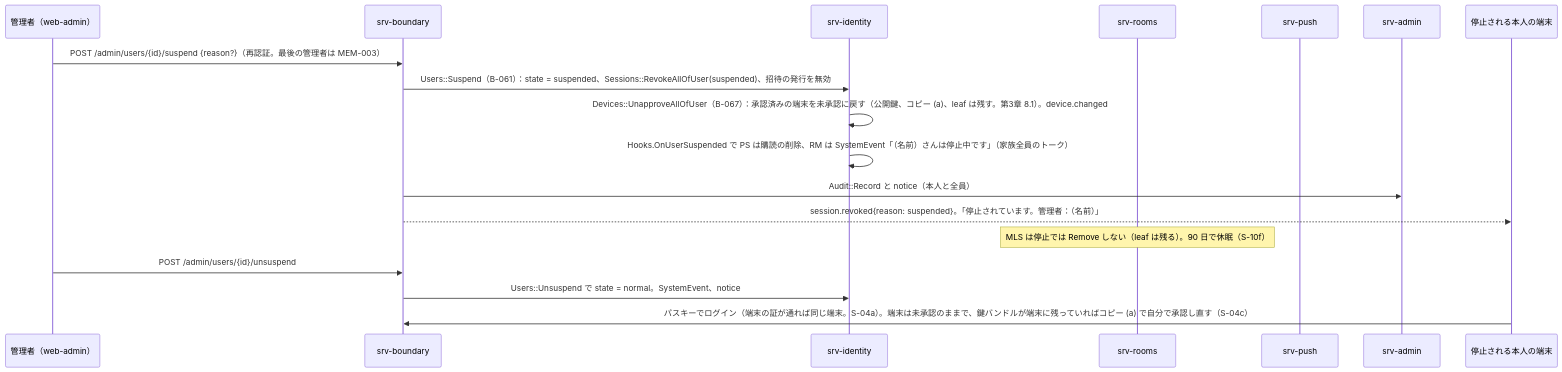
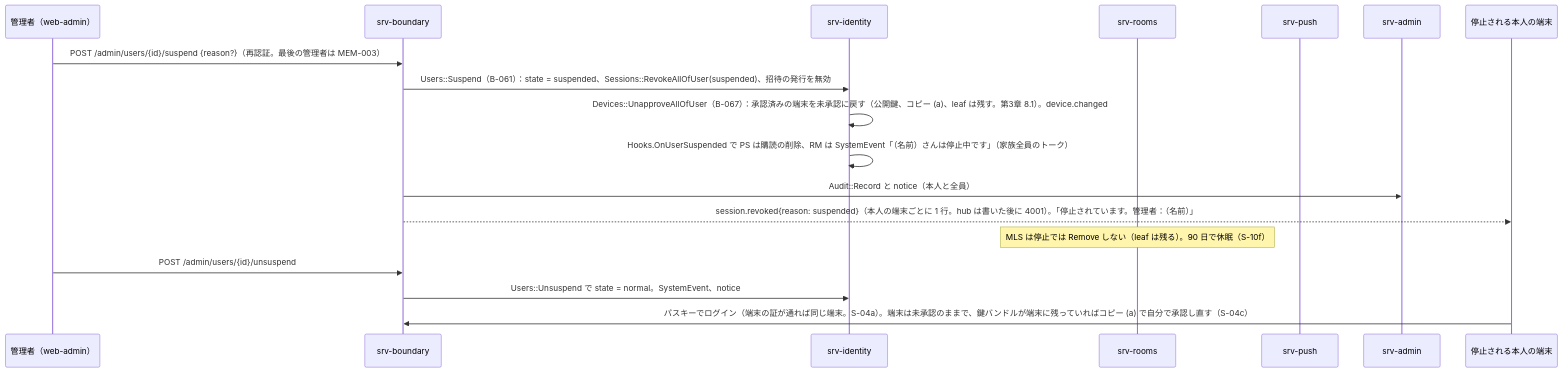
Before and after one commit to nrsd-ishikawasou/family-talk-pwa: the second of 7 diagrams in dev/docs/jp/シーケンス/10_構成の変化.md, drawn with Mermaid. The commit also changed other lines of this file and 165 other files, not shown here.

````diff
--- a/dev/docs/jp/シーケンス/10_構成の変化.md
+++ b/dev/docs/jp/シーケンス/10_構成の変化.md
@@ -54,20 +54,20 @@
 ```mermaid
 sequenceDiagram
   participant A as 管理者（web-admin）
   participant BD as srv-boundary
   participant ID as srv-identity
   participant RM as srv-rooms
   participant PS as srv-push
   participant AD as srv-admin
   participant T as 停止される本人の端末
   A->>BD: POST /admin/users/{id}/suspend {reason?}（再認証。最後の管理者は MEM-003）
   BD->>ID: Users::Suspend（B-061）：state = suspended、Sessions::RevokeAllOfUser(suspended)、招待の発行を無効
   ID->>ID: Devices::UnapproveAllOfUser（B-067）：承認済みの端末を未承認に戻す（公開鍵、コピー (a)、leaf は残す。第3章 8.1）。device.changed
   ID->>ID: Hooks.OnUserSuspended で PS は購読の削除、RM は SystemEvent「（名前）さんは停止中です」（家族全員のトーク）
   BD->>AD: Audit::Record と notice（本人と全員）
-  BD-->>T: session.revoked{reason: suspended}。「停止されています。管理者：（名前）」
+  BD-->>T: session.revoked{reason: suspended}（本人の端末ごとに 1 行。hub は書いた後に 4001）。「停止されています。管理者：（名前）」
   Note over RM: MLS は停止では Remove しない（leaf は残る）。90 日で休眠（S-10f）
   A->>BD: POST /admin/users/{id}/unsuspend
   BD->>ID: Users::Unsuspend で state = normal。SystemEvent、notice
   T->>BD: パスキーでログイン（端末の証が通れば同じ端末。S-04a）。端末は未承認のままで、鍵バンドルが端末に残っていればコピー (a) で自分で承認し直す（S-04c）
 ```
````
